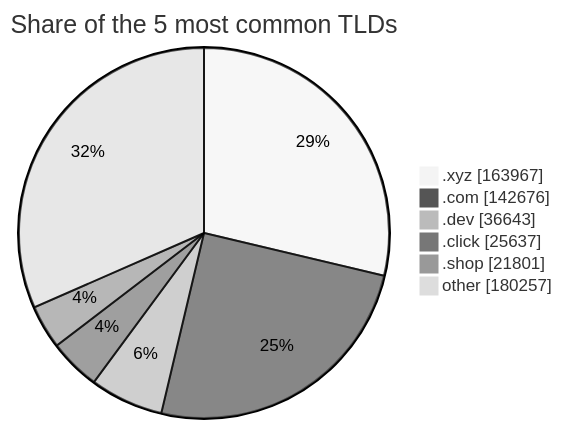
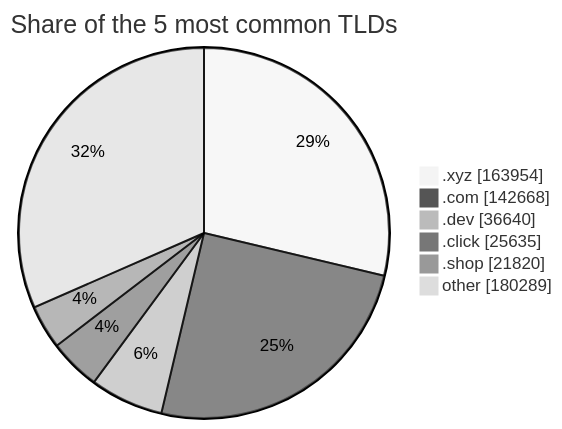
One commit to DNSBunker/CTI changed the third of 3 diagrams in README.md. Above: the diagram before and after it, drawn with Mermaid (neutral theme). The commit also changed other lines of this file and 3 other files, not shown here.

````diff
--- a/README.md
+++ b/README.md
@@ -81,9 +81,9 @@
 ```mermaid
 pie showData title Share of the 5 most common TLDs
-    ".xyz" : 163967
-    ".com" : 142676
-    ".dev" : 36643
-    ".click" : 25637
-    ".shop" : 21801
-    "other" : 180257
+    ".xyz" : 163954
+    ".com" : 142668
+    ".dev" : 36640
+    ".click" : 25635
+    ".shop" : 21820
+    "other" : 180289
 ```
````
